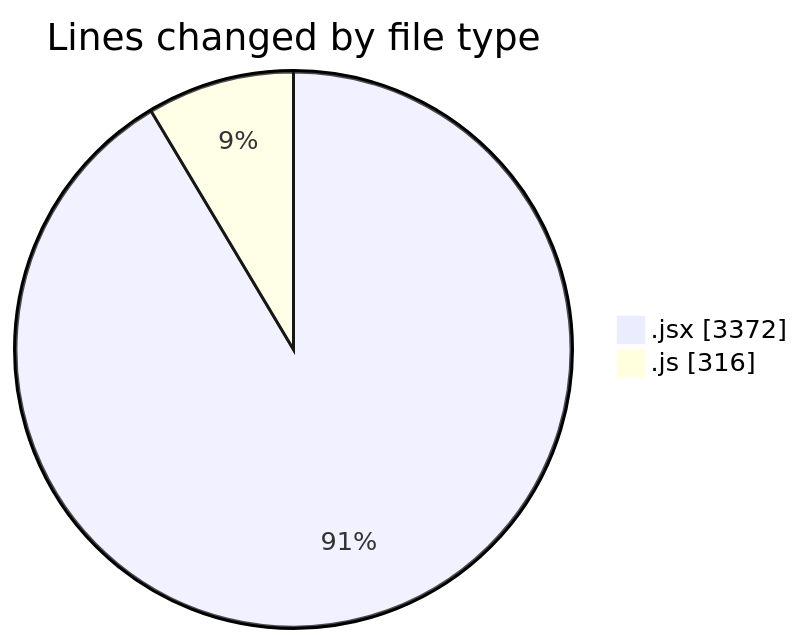
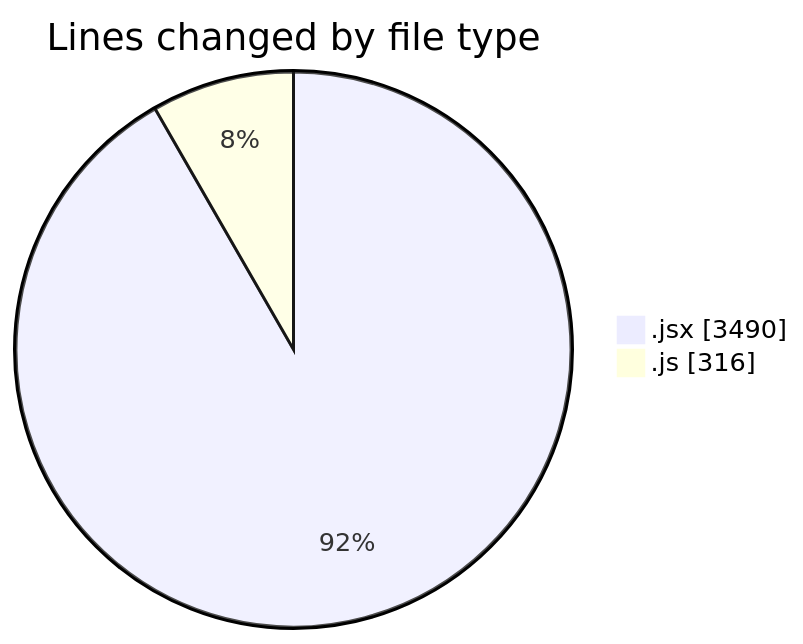
One commit to nxtqubesakshisongat/code-tracking changed the first of 2 diagrams in 2025-07-13/argos/README.md. Above: the diagram before and after it, drawn with Mermaid. The commit also changed other lines of this file and 1 other file, not shown here.

````diff
--- a/2025-07-13/argos/README.md
+++ b/2025-07-13/argos/README.md
@@ -22,6 +22,6 @@
 ```mermaid
 pie showData
 title Lines changed by file type
-".jsx" : 3372
+".jsx" : 3490
 ".js" : 316
 ```
````
